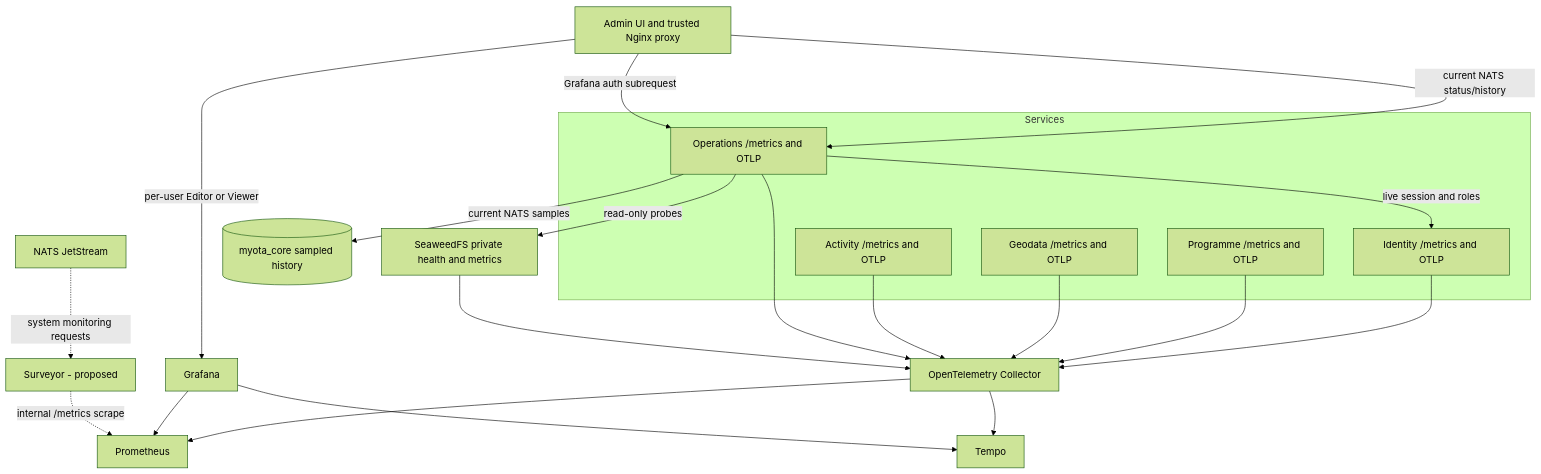
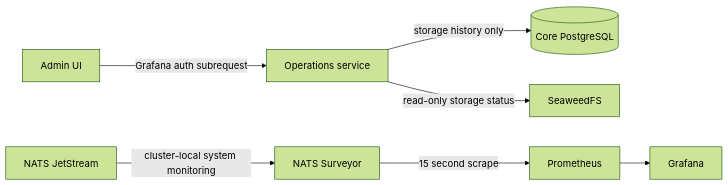
Before and after one commit to myota-platform/myota-docs: the diagram in docs/architecture/diagrams/observability-architecture.md, drawn with Mermaid (forest theme). The commit also changed other lines of this file and 12 other files, not shown here.

Commit message:
docs(observability): record Surveyor cutover status and evidence

````diff
--- a/docs/architecture/diagrams/observability-architecture.md
+++ b/docs/architecture/diagrams/observability-architecture.md
@@ -3,37 +3,17 @@
 ```mermaid
-flowchart TB
-  subgraph Services
-    I[Identity /metrics and OTLP]
-    P[Programme /metrics and OTLP]
-    G[Geodata /metrics and OTLP]
-    A[Activity /metrics and OTLP]
-    O[Operations /metrics and OTLP]
-  end
-  C[OpenTelemetry Collector]
-  PR[Prometheus]
-  GR[Grafana]
-  T[Tempo]
-  SW[SeaweedFS private health and metrics]
-  UI[Admin UI and trusted Nginx proxy]
-  DB[(myota_core sampled history)]
-  N[NATS JetStream]
-  S[Surveyor - proposed]
-  I --> C
-  P --> C
-  G --> C
-  A --> C
-  O --> C
-  SW --> C
-  O -->|read-only probes| SW
-  O -->|current NATS samples| DB
-  UI -->|current NATS status/history| O
-  UI -->|Grafana auth subrequest| O
-  O -->|live session and roles| I
-  UI -->|per-user Editor or Viewer| GR
-  C --> PR
-  C --> T
-  GR --> PR
-  GR --> T
-  N -. system monitoring requests .-> S
-  S -. internal /metrics scrape .-> PR
+flowchart LR
+  UI[Admin UI]
+  Ops[Operations service]
+  DB[(Core PostgreSQL)]
+  SW[SeaweedFS]
+  NATS[NATS JetStream]
+  Surveyor[NATS Surveyor]
+  Prom[Prometheus]
+  Grafana[Grafana]
+  UI -->|Grafana auth subrequest| Ops
+  Ops -->|read-only storage status| SW
+  Ops -->|storage history only| DB
+  NATS -->|cluster-local system monitoring| Surveyor
+  Surveyor -->|15 second scrape| Prom
+  Prom --> Grafana
 ```
````
